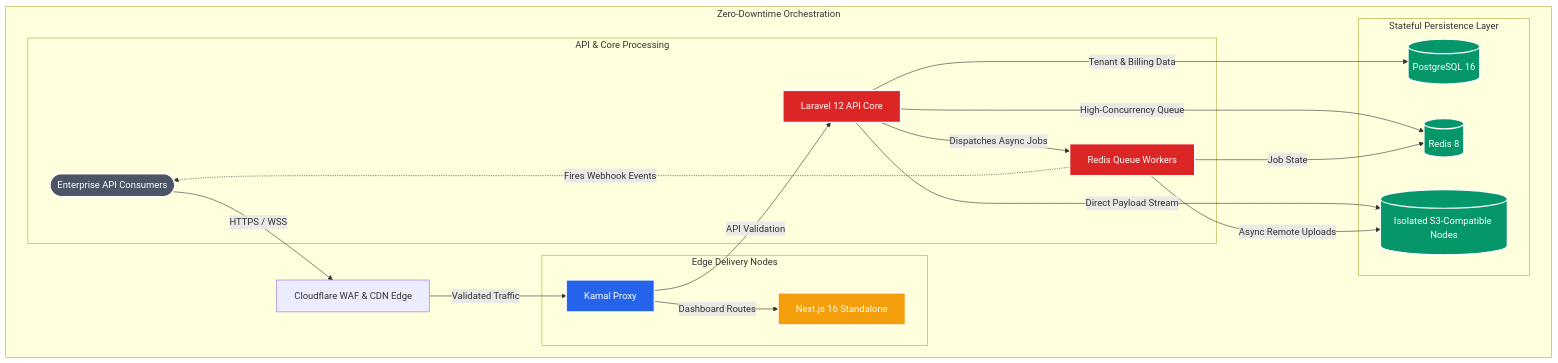
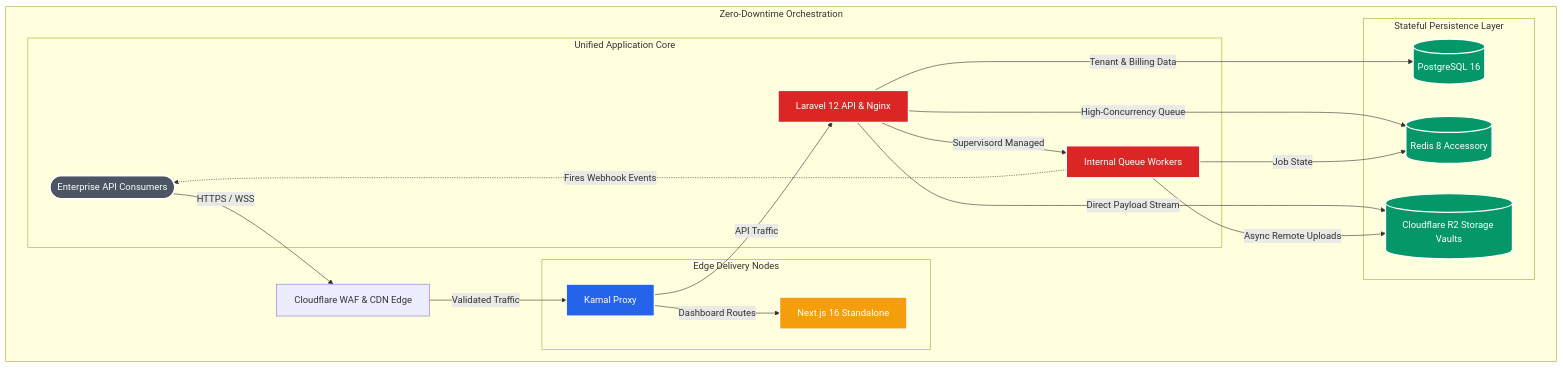
One commit to 4kamruzzaman/r2upload-architecture changed the diagram in README.md. Above: the diagram before and after it, drawn with Mermaid.

Commit message:
Update architecture diagram in README.md

````diff
--- a/README.md
+++ b/README.md
@@ -15,38 +15,38 @@
 ```mermaid
 graph TD
     Client([Enterprise API Consumers]) -->|HTTPS / WSS| CF[Cloudflare WAF & CDN Edge]
     
     subgraph Zero-Downtime Orchestration
         CF -->|Validated Traffic| Proxy[Kamal Proxy]
         
         subgraph Edge Delivery Nodes
             Proxy -->|Dashboard Routes| NextJS[Next.js 16 Standalone]
         end
         
-        subgraph API & Core Processing
-            Proxy -->|API Validation| Laravel[Laravel 12 API Core]
-            Laravel -->|Dispatches Async Jobs| Worker[Redis Queue Workers]
+        subgraph Unified Application Core
+            Proxy -->|API Traffic| Laravel[Laravel 12 API & Nginx]
+            Laravel -->|Supervisord Managed| Worker[Internal Queue Workers]
             Worker -.->|Fires Webhook Events| Client
         end
         
         subgraph Stateful Persistence Layer
             Laravel -->|Tenant & Billing Data| PG[(PostgreSQL 16)]
-            Laravel -->|High-Concurrency Queue| Redis[(Redis 8)]
+            Laravel -->|High-Concurrency Queue| Redis[(Redis 8 Accessory)]
             Worker -->|Job State| Redis
-            Laravel -->|Direct Payload Stream| S3[(Isolated S3-Compatible Nodes)]
-            Worker -->|Async Remote Uploads| S3
+            Laravel -->|Direct Payload Stream| R2[(Cloudflare R2 Storage Vaults)]
+            Worker -->|Async Remote Uploads| R2
         end
     end
     
     classDef proxy fill:#2563eb,stroke:#fff,stroke-width:2px,color:#fff
     classDef edge fill:#f59e0b,stroke:#fff,stroke-width:2px,color:#fff
     classDef core fill:#dc2626,stroke:#fff,stroke-width:2px,color:#fff
     classDef data fill:#059669,stroke:#fff,stroke-width:2px,color:#fff
     classDef external fill:#4b5563,stroke:#fff,stroke-width:2px,color:#fff
     
     class Proxy proxy
     class NextJS edge
     class Laravel,Worker core
-    class PG,Redis,S3 data
+    class PG,Redis,R2 data
     class Client external
 ```
````
